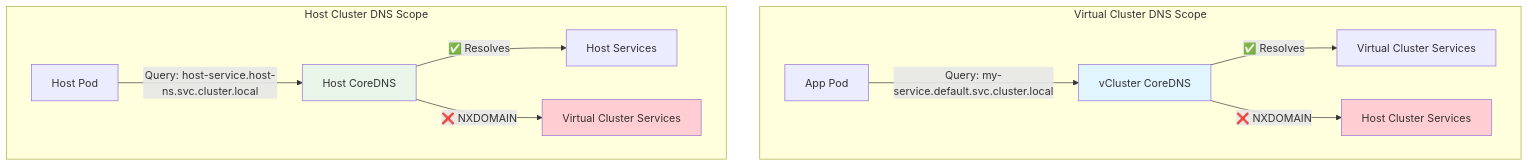
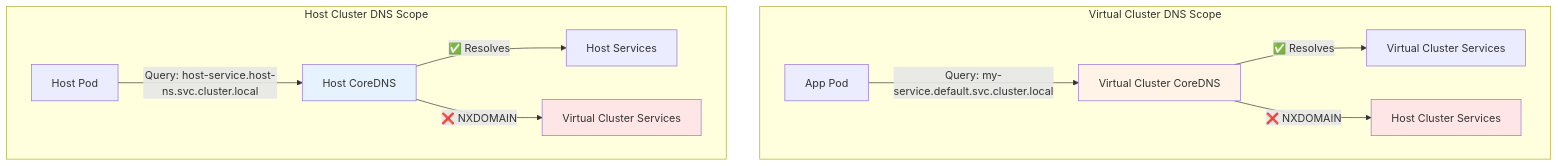
Before and after one commit to loft-sh/vcluster-docs: the fourth of 4 diagrams in vcluster/configure/vcluster-yaml/control-plane/components/coredns.mdx, drawn with Mermaid. The commit also changed other lines of this file, not shown here.

````diff
--- a/vcluster/configure/vcluster-yaml/control-plane/components/coredns.mdx
+++ b/vcluster/configure/vcluster-yaml/control-plane/components/coredns.mdx
@@ -159,19 +150,19 @@
 ```mermaid
 graph TD
     subgraph "Virtual Cluster DNS Scope"
-        A[App Pod] -->|Query: my-service.default.svc.cluster.local| B[vCluster CoreDNS]
+        A[App Pod] -->|Query: my-service.default.svc.cluster.local| B[Virtual Cluster CoreDNS]
         B -->|✅ Resolves| C[Virtual Cluster Services]
         B -->|❌ NXDOMAIN| D[Host Cluster Services]
     end
     
     subgraph "Host Cluster DNS Scope"
         E[Host Pod] -->|Query: host-service.host-ns.svc.cluster.local| F[Host CoreDNS]
         F -->|✅ Resolves| G[Host Services]
         F -->|❌ NXDOMAIN| H[Virtual Cluster Services]
     end
     
-    style B fill:#e1f5fe
-    style F fill:#e8f5e8
-    style D fill:#ffcdd2
-    style H fill:#ffcdd2
+    style B fill:#fff2e6
+    style F fill:#e6f3ff
+    style D fill:#ffe6e6
+    style H fill:#ffe6e6
 ```
````
